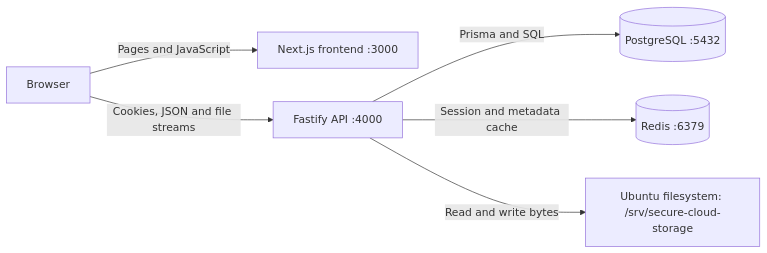
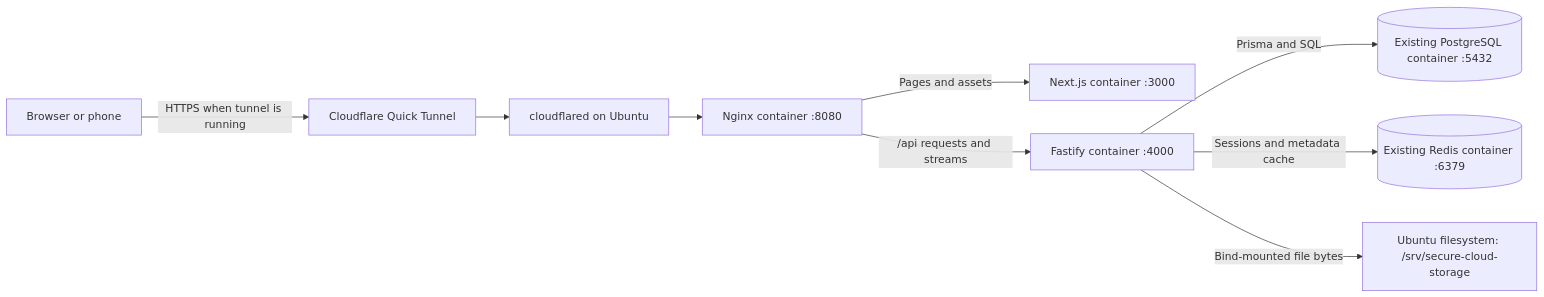
The first of 5 diagrams in CURRENT_ARCHITECTURE_AND_FLOW.md (Aneeb-Kashif2/private-cloud), drawn with Mermaid before and after one commit. The commit also changed other lines of this file and 4 other files, not shown here.

````diff
--- a/CURRENT_ARCHITECTURE_AND_FLOW.md
+++ b/CURRENT_ARCHITECTURE_AND_FLOW.md
@@ -15,8 +13,11 @@
 ```mermaid
 flowchart LR
-    Browser[Browser] -->|Pages and JavaScript| Next[Next.js frontend :3000]
-    Browser -->|Cookies, JSON and file streams| API[Fastify API :4000]
-    API -->|Prisma and SQL| PG[(PostgreSQL :5432)]
-    API -->|Session and metadata cache| Redis[(Redis :6379)]
-    API -->|Read and write bytes| Disk[Ubuntu filesystem: /srv/secure-cloud-storage]
+    Browser[Browser or phone] -->|HTTPS when tunnel is running| CF[Cloudflare Quick Tunnel]
+    CF --> Tunnel[cloudflared on Ubuntu]
+    Tunnel --> Nginx[Nginx container :8080]
+    Nginx -->|Pages and assets| Next[Next.js container :3000]
+    Nginx -->|/api requests and streams| API[Fastify container :4000]
+    API -->|Prisma and SQL| PG[(Existing PostgreSQL container :5432)]
+    API -->|Sessions and metadata cache| Redis[(Existing Redis container :6379)]
+    API -->|Bind-mounted file bytes| Disk[Ubuntu filesystem: /srv/secure-cloud-storage]
 ```
````
